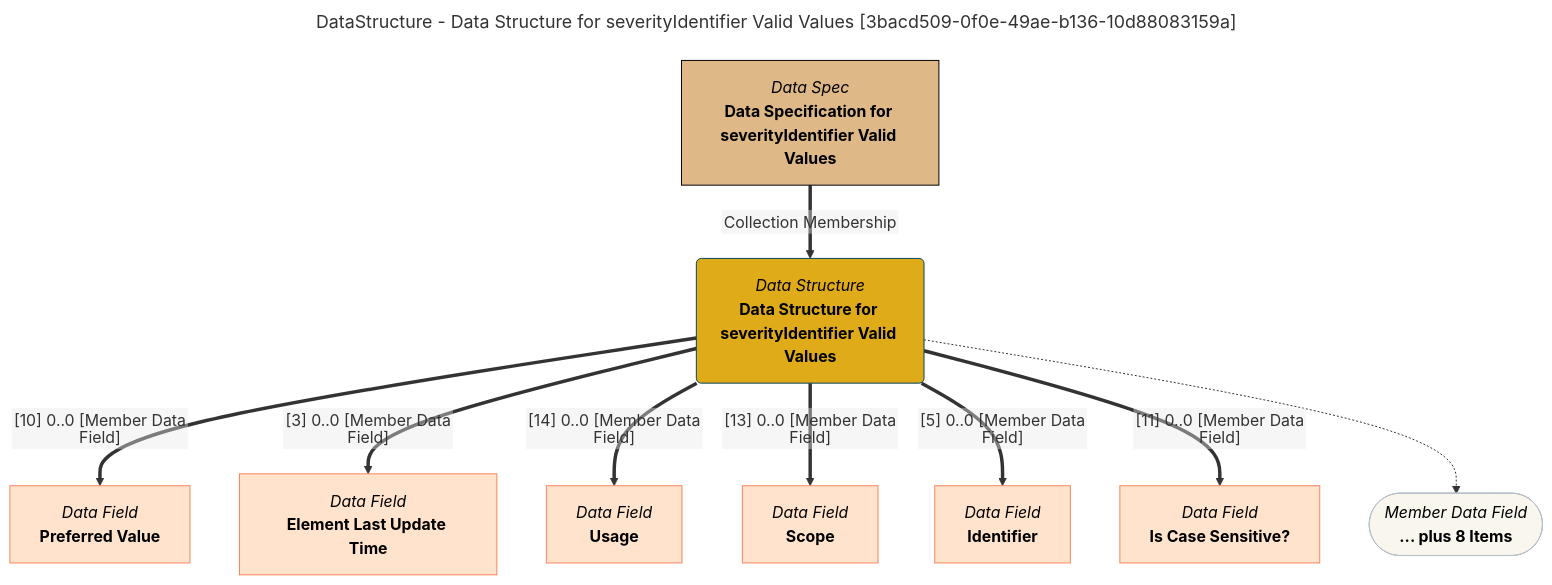
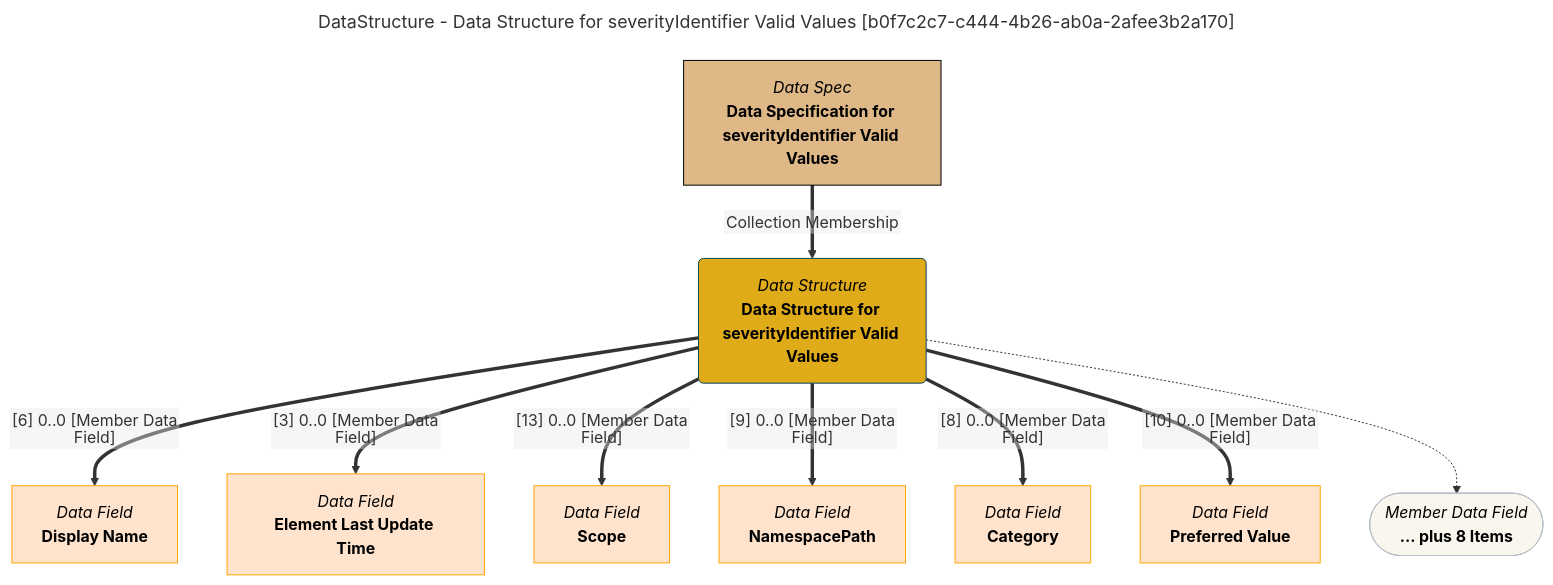
The diagram in site/snippets/data-structures/data-structure-for-severityidentifier-valid-values-mermaid-graph.md (odpi/egeria-docs), drawn with Mermaid before and after one commit. The commit also changed 2201 other files, not shown here.

````diff
--- a/site/snippets/data-structures/data-structure-for-severityidentifier-valid-values-mermaid-graph.md
+++ b/site/snippets/data-structures/data-structure-for-severityidentifier-valid-values-mermaid-graph.md
@@ -1,43 +1,43 @@
 ```mermaid
 ---
-title: DataStructure - Data Structure for severityIdentifier Valid Values [3bacd509-0f0e-49ae-b136-10d88083159a]
+title: DataStructure - Data Structure for severityIdentifier Valid Values [b0f7c2c7-c444-4b26-ab0a-2afee3b2a170]
 ---
 flowchart TD
 %%{init: {"flowchart": {"htmlLabels": false}} }%%
 
 1@{ shape: rounded, label: "*Data Structure*
 **Data Structure for severityIdentifier Valid Values**"}
 2@{ shape: rect, label: "*Data Spec*
 **Data Specification for severityIdentifier Valid Values**"}
 2==>|"Collection Membership"|1
 3@{ shape: rect, label: "*Data Field*
-**Preferred Value**"}
-1==>|"[10] 0..0 [Member Data Field]"|3
+**Display Name**"}
+1==>|"[6] 0..0 [Member Data Field]"|3
 4@{ shape: rect, label: "*Data Field*
 **Element Last Update Time**"}
 1==>|"[3] 0..0 [Member Data Field]"|4
 5@{ shape: rect, label: "*Data Field*
-**Usage**"}
-1==>|"[14] 0..0 [Member Data Field]"|5
+**Scope**"}
+1==>|"[13] 0..0 [Member Data Field]"|5
 6@{ shape: rect, label: "*Data Field*
-**Scope**"}
-1==>|"[13] 0..0 [Member Data Field]"|6
+**NamespacePath**"}
+1==>|"[9] 0..0 [Member Data Field]"|6
 7@{ shape: rect, label: "*Data Field*
-**Identifier**"}
-1==>|"[5] 0..0 [Member Data Field]"|7
+**Category**"}
+1==>|"[8] 0..0 [Member Data Field]"|7
 8@{ shape: rect, label: "*Data Field*
-**Is Case Sensitive?**"}
-1==>|"[11] 0..0 [Member Data Field]"|8
+**Preferred Value**"}
+1==>|"[10] 0..0 [Member Data Field]"|8
 9@{ shape: stadium, label: "*Member Data Field*
 **... plus 8 Items**"}
 1-.->9
 style 1 color:#000000, fill:#e0ab18, stroke:#004563
-style 2 color:#000000, fill:#deb887, stroke:#000000
-style 3 color:#000000, fill:#ffe3cc, stroke:#f9845b
-style 4 color:#000000, fill:#ffe3cc, stroke:#f9845b
-style 5 color:#000000, fill:#ffe3cc, stroke:#f9845b
-style 6 color:#000000, fill:#ffe3cc, stroke:#f9845b
-style 7 color:#000000, fill:#ffe3cc, stroke:#f9845b
-style 8 color:#000000, fill:#ffe3cc, stroke:#f9845b
+style 2 color:#000000, fill:#DEB887, stroke:#000000
+style 3 color:#000000, fill:#ffe3cc, stroke:#FFA500
+style 4 color:#000000, fill:#ffe3cc, stroke:#FFA500
+style 5 color:#000000, fill:#ffe3cc, stroke:#FFA500
+style 6 color:#000000, fill:#ffe3cc, stroke:#FFA500
+style 7 color:#000000, fill:#ffe3cc, stroke:#FFA500
+style 8 color:#000000, fill:#ffe3cc, stroke:#FFA500
 style 9 color:#000000, fill:#F9F7ED, stroke:#b7c0c7
 ```
````
